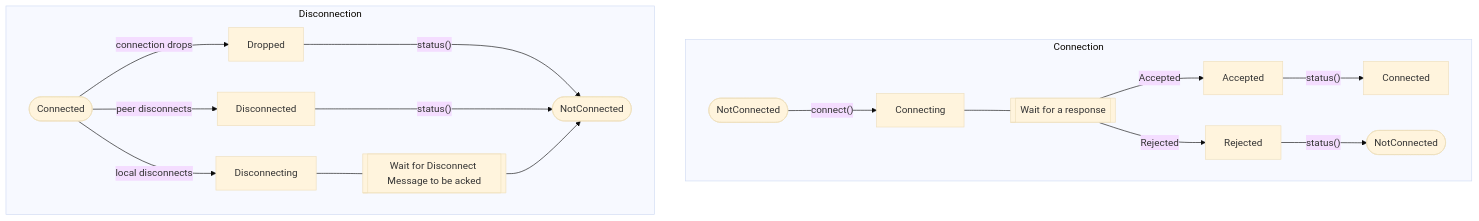
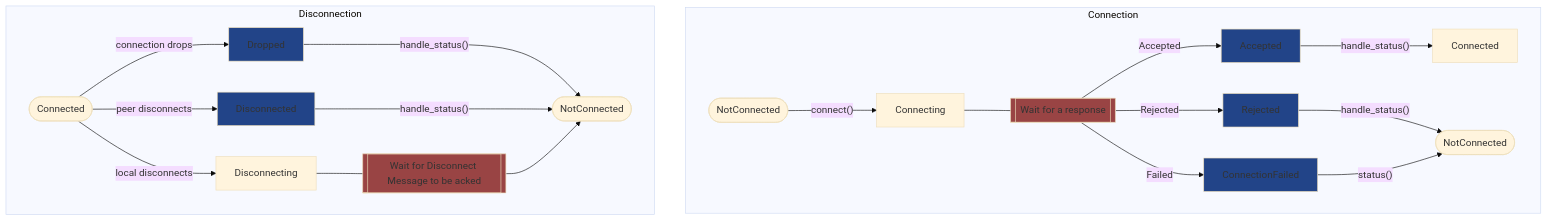
The diagram in connection_status_state_machine.md (MitchellMarinoDev/carrier-pigeon), drawn with Mermaid (base theme) before and after one commit. The commit also changed other lines of this file and 4 other files, not shown here.

````diff
--- a/connection_status_state_machine.md
+++ b/connection_status_state_machine.md
@@ -4,27 +4,34 @@
 ```mermaid
 flowchart TD
+    classDef transition fill:#248
+    classDef wait fill:#944
+
     subgraph Connection
-        ConnectingDelay[["Wait for a response"]]
+        ConnectingDelay[["Wait for a response"]]:::wait
         NotConnected([NotConnected])
 
         NotConnected --> |"connect()"| Connecting
 
         Connecting --- ConnectingDelay
-        ConnectingDelay --> |Accepted| Accepted
-        ConnectingDelay --> |Rejected| Rejected
+        ConnectingDelay --> |Accepted| Accepted:::transition
+        ConnectingDelay --> |Rejected| Rejected:::transition
+        ConnectingDelay --> |Failed| ConnectionFailed:::transition
 
-        Accepted --> |"status()"| Connected
-        Rejected --> |"status()"| 2NotConnected([NotConnected])
+        Accepted --> |"handle_status()"| Connected
+        Rejected --> |"handle_status()"| 2NotConnected([NotConnected])
+        ConnectionFailed --> |"status()"| 2NotConnected([NotConnected])
     end
     subgraph Disconnection
         2Connected([Connected])
-        2Connected --> |connection drops| Dropped
-        2Connected --> |peer disconnects| Disconnected
+        3NotConnected([NotConnected])
+        DisconnectDelay[[Wait for Disconnect Message to be acked]]:::wait
+        
+        2Connected --> |connection drops| Dropped:::transition
+        2Connected --> |peer disconnects| Disconnected:::transition
         2Connected --> |local disconnects| Disconnecting
 
-        3NotConnected([NotConnected])
-        Dropped ---> |"status()"| 3NotConnected
-        Disconnected ---> |"status()"| 3NotConnected
-        Disconnecting --- DisconnectDelay[[Wait for Disconnect Message to be acked]] --> 3NotConnected
+        Dropped ---> |"handle_status()"| 3NotConnected
+        Disconnected ---> |"handle_status()"| 3NotConnected
+        Disconnecting --- DisconnectDelay --> 3NotConnected
     end
 ```
````
